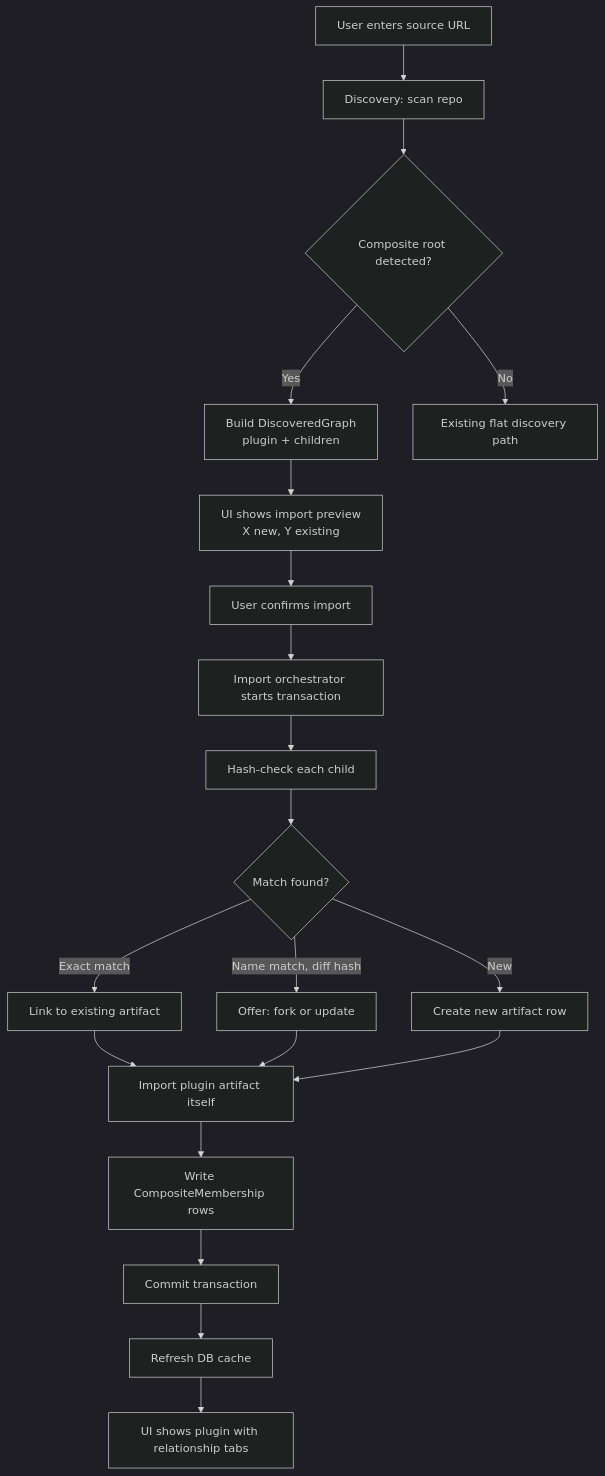
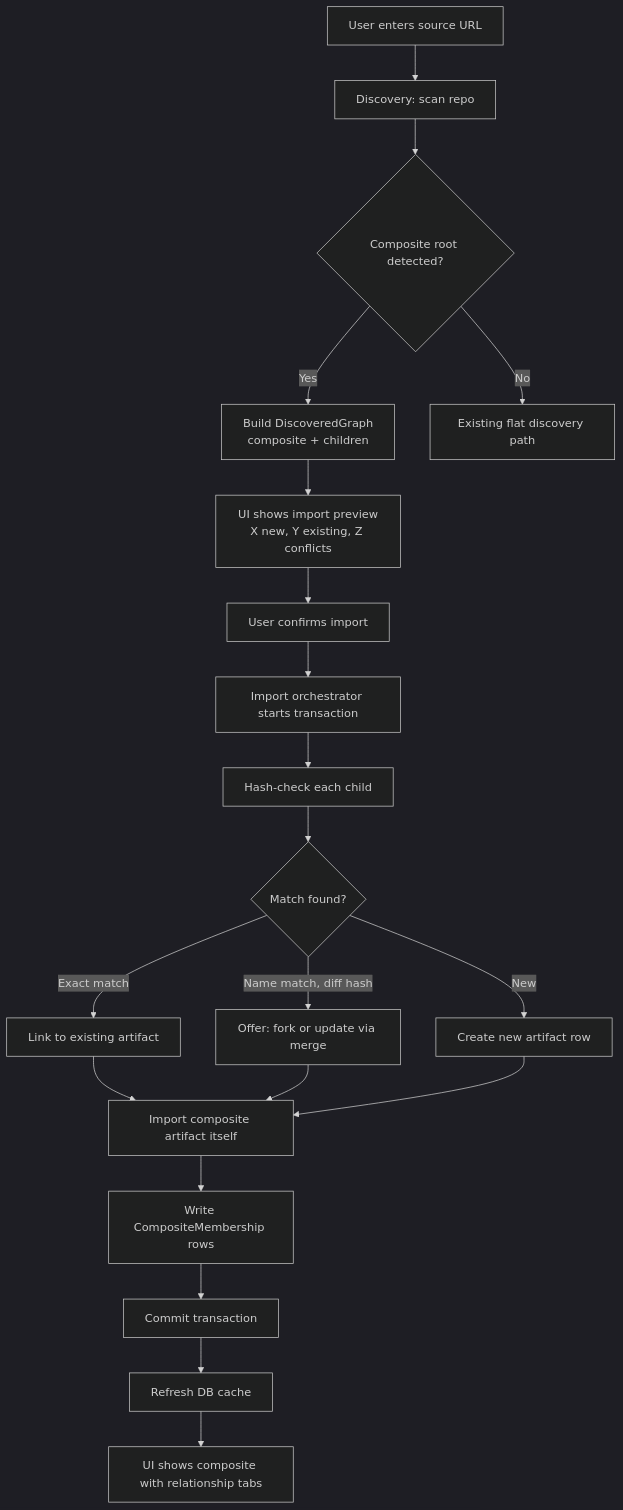
One commit to miethe/skillmeat changed the diagram in docs/project_plans/PRDs/features/composite-artifact-infrastructure-v1.md. Above: the diagram before and after it, drawn with Mermaid (dark theme). The commit also changed other lines of this file and 13 other files, not shown here.

First line of the commit message:
plan: integrate ADR-007 UUID identity into composite artifact infrastructure

````diff
--- a/docs/project_plans/PRDs/features/composite-artifact-infrastructure-v1.md
+++ b/docs/project_plans/PRDs/features/composite-artifact-infrastructure-v1.md
@@ -147,20 +147,20 @@
 ```mermaid
 graph TD
     A[User enters source URL] --> B[Discovery: scan repo]
     B --> C{Composite root detected?}
-    C -- Yes --> D[Build DiscoveredGraph<br/>plugin + children]
+    C -- Yes --> D[Build DiscoveredGraph<br/>composite + children]
     C -- No --> E[Existing flat discovery path]
-    D --> F[UI shows import preview<br/>X new, Y existing]
+    D --> F[UI shows import preview<br/>X new, Y existing, Z conflicts]
     F --> G[User confirms import]
     G --> H[Import orchestrator starts transaction]
     H --> I[Hash-check each child]
     I --> J{Match found?}
     J -- Exact match --> K[Link to existing artifact]
-    J -- Name match, diff hash --> L[Offer: fork or update]
+    J -- Name match, diff hash --> L[Offer: fork or update via merge]
     J -- New --> M[Create new artifact row]
-    K & L & M --> N[Import plugin artifact itself]
+    K & L & M --> N[Import composite artifact itself]
     N --> O[Write CompositeMembership rows]
     O --> P[Commit transaction]
     P --> Q[Refresh DB cache]
-    Q --> R[UI shows plugin with relationship tabs]
+    Q --> R[UI shows composite with relationship tabs]
 ```
````
